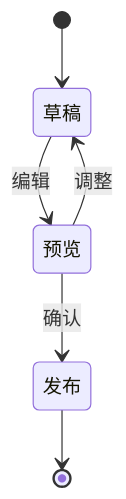
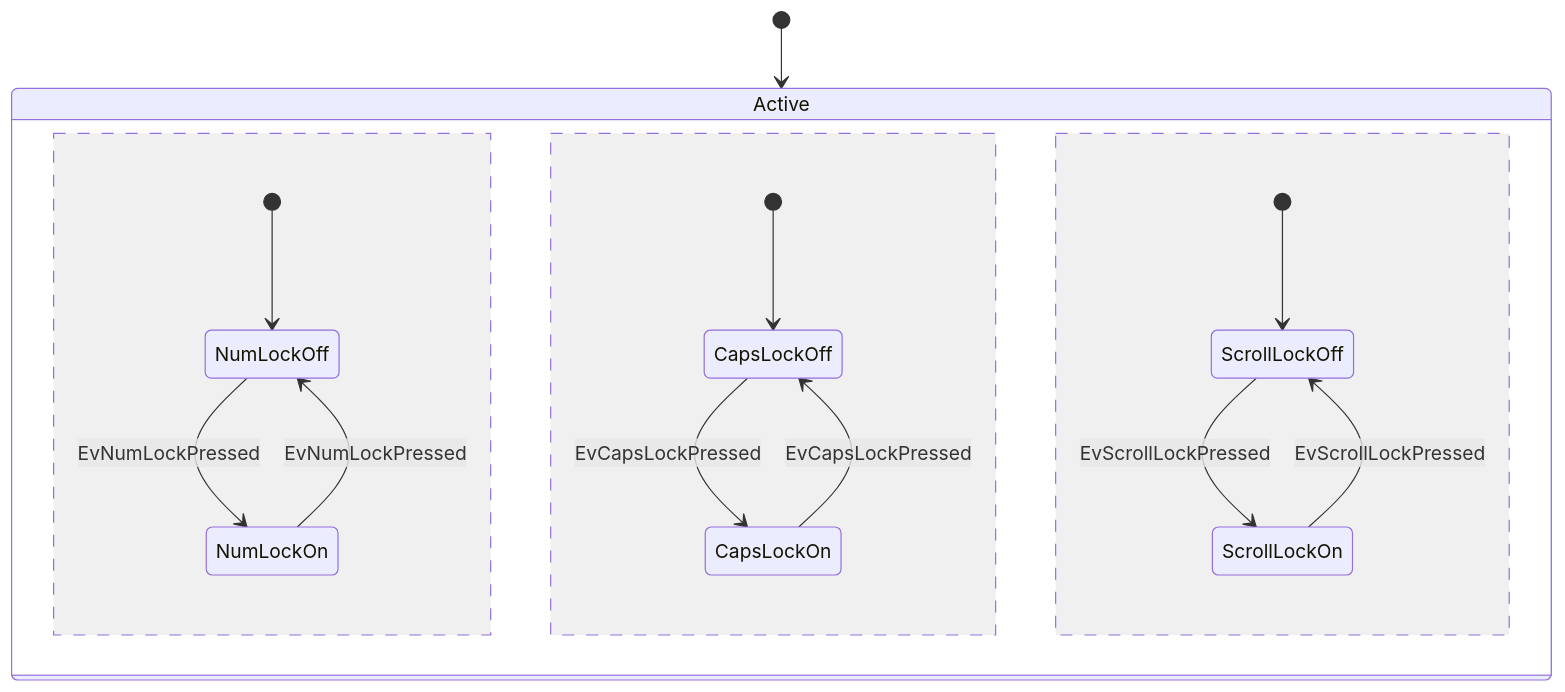
The fourth of 32 diagrams in site/projects/cinderfolio/pele/index.mdx (sj-shijin/hp-rspress), drawn with Mermaid before and after one commit. The commit also changed other lines of this file, not shown here.

First line of the commit message:
docs(cinderfolio): 补齐 Pele 官方图表示例与显示职责

````diff
--- a/site/projects/cinderfolio/pele/index.mdx
+++ b/site/projects/cinderfolio/pele/index.mdx
@@ -59,8 +115,18 @@
 ```mermaid
 stateDiagram-v2
-  [*] --> 草稿
-  草稿 --> 预览 : 编辑
-  预览 --> 草稿 : 调整
-  预览 --> 发布 : 确认
-  发布 --> [*]
+    [*] --> Active
+
+    state Active {
+        [*] --> NumLockOff
+        NumLockOff --> NumLockOn : EvNumLockPressed
+        NumLockOn --> NumLockOff : EvNumLockPressed
+        --
+        [*] --> CapsLockOff
+        CapsLockOff --> CapsLockOn : EvCapsLockPressed
+        CapsLockOn --> CapsLockOff : EvCapsLockPressed
+        --
+        [*] --> ScrollLockOff
+        ScrollLockOff --> ScrollLockOn : EvScrollLockPressed
+        ScrollLockOn --> ScrollLockOff : EvScrollLockPressed
+    }
 ```
````
